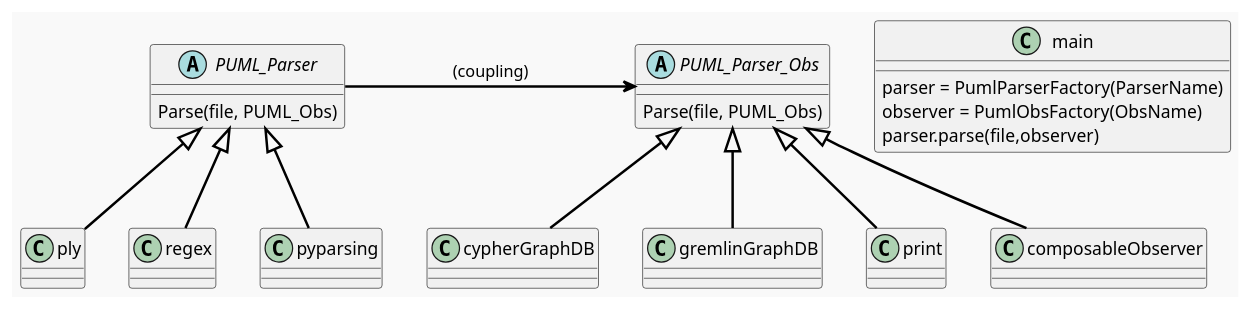
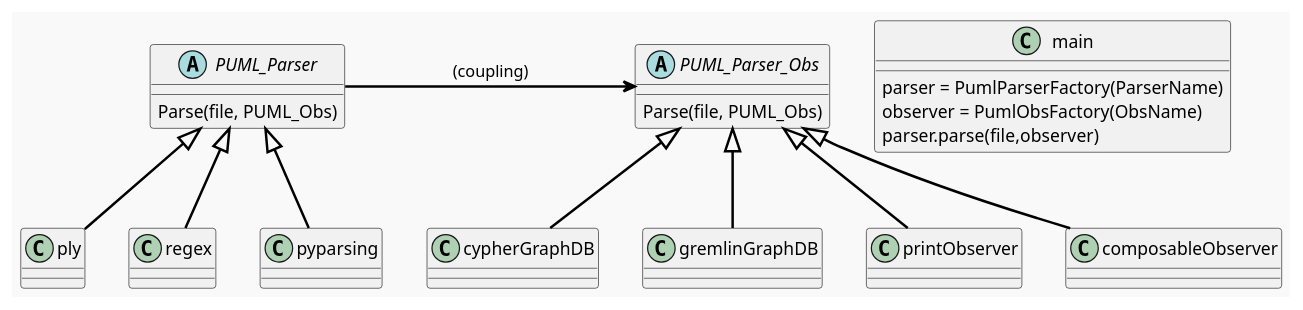
One commit to GonzaloGarciaZurlo/CodeDesignDeltaEvaluator changed the diagram in Desing/DAG.plantuml. Above: the diagram before and after it, drawn with PlantUML. The commit also changed 5 other files, not shown here.

```diff
--- a/Desing/DAG.plantuml
+++ b/Desing/DAG.plantuml
@@ -1,40 +1,40 @@
 @startuml DAG
 skinparam packageStyle rectangle
 skinparam shadowing false
 skinparam backgroundColor #F9F9F9
 skinparam packageBackgroundColor #DDDDDD
 skinparam packageBorderColor #000000
 skinparam arrowColor #000000
 skinparam arrowThickness 2
 
 abstract class PUML_Parser {
     Parse(file, PUML_Obs)
 }
 abstract class PUML_Parser_Obs {
     Parse(file, PUML_Obs)
 }
 class ply
 class regex
 class pyparsing
 class cypherGraphDB
 class gremlinGraphDB
-class print 
+class printObserver
 class composableObserver
 class main {
     parser = PumlParserFactory(ParserName) 
     observer = PumlObsFactory(ObsName)
     parser.parse(file,observer)
      
 }
 
 PUML_Parser <|-- ply   
 PUML_Parser <|-- regex  
 PUML_Parser <|-- pyparsing  
 
 PUML_Parser_Obs <|-- cypherGraphDB
 PUML_Parser_Obs <|-- gremlinGraphDB
-PUML_Parser_Obs <|-- print
+PUML_Parser_Obs <|-- printObserver
 PUML_Parser_Obs <|-- composableObserver
 
 PUML_Parser -> PUML_Parser_Obs : (coupling)
 @enduml
```
